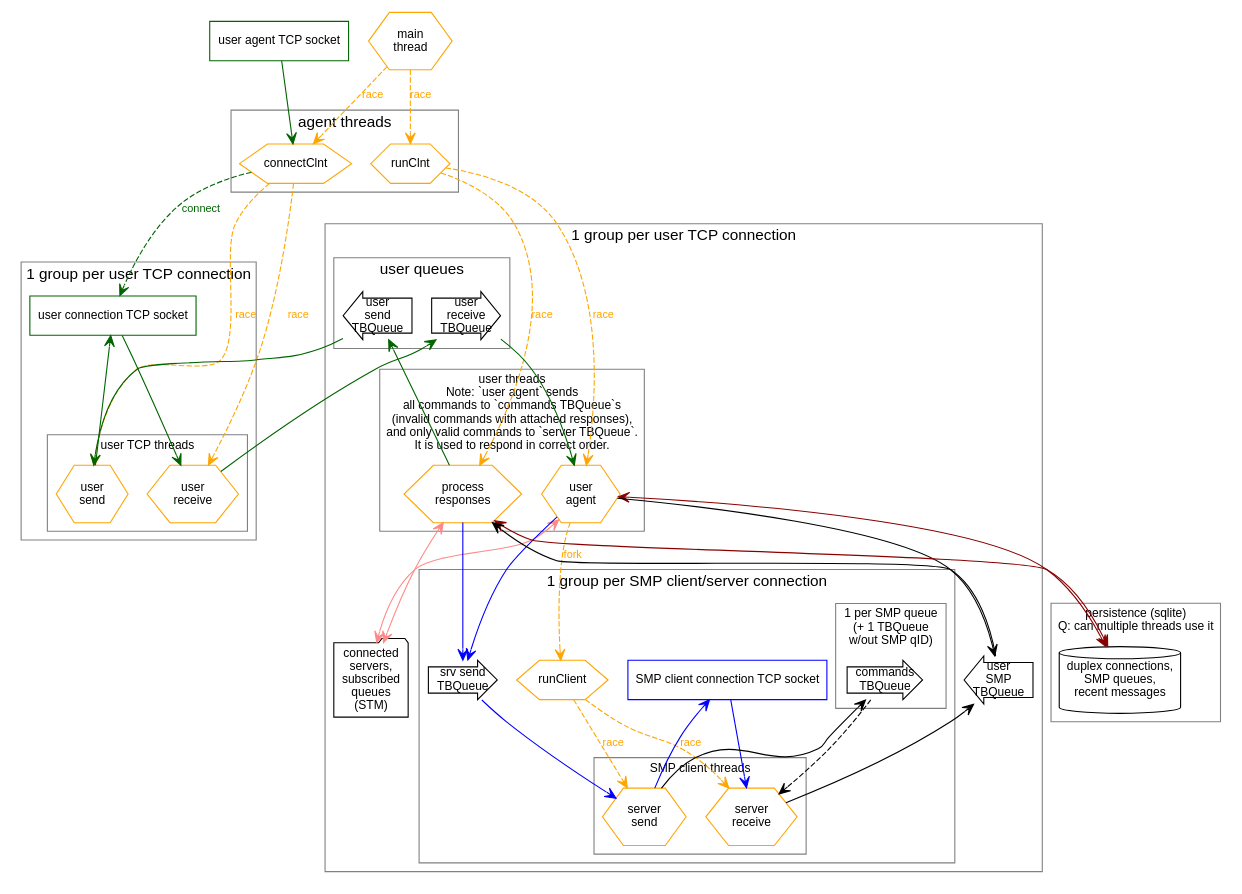
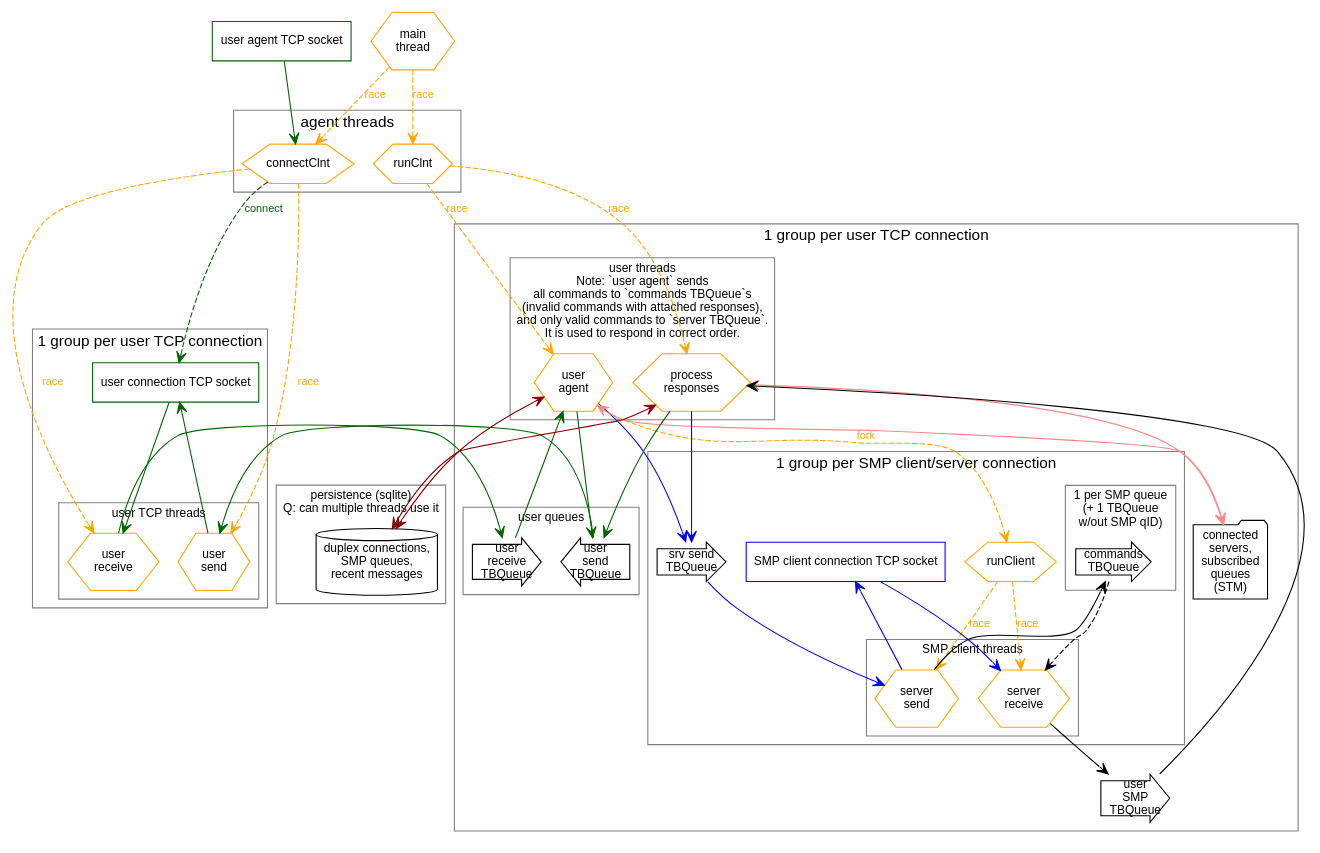
One commit to simplex-chat/simplexmq changed the diagram in design/agent2.gv. Above: the diagram before and after it, drawn with Graphviz.

Commit message:
diagram: agent replies invalid commands without roundtrip

```diff
--- a/design/agent2.gv
+++ b/design/agent2.gv
@@ -1,106 +1,106 @@
 digraph SMPAgent {
   graph [fontname=arial]
   node [fontname=arial fontsize=11 shape=box]
   edge [fontname=arial fontsize=10 arrowhead=open arrowtail=open]
 
   main [shape=hexagon color=orange label="main\nthread"]
   aSock [label="user agent TCP socket" color=darkgreen]
 
   subgraph clusterPersistence {
     graph [fontsize=11 color=gray]
     label="persistence (sqlite)\nQ: can multiple threads use it"
     connectionsStore [shape=cylinder label="duplex connections,\nSMP queues,\nrecent messages"]
   }
 
   subgraph clusterAgent {
     graph [color=gray]
     node [shape=hexagon color=orange]
     label="agent threads" 
     connectClnt
     runClnt
   }
 
   main -> {runClnt connectClnt} [style=dashed label="race" color=orange fontcolor=orange]
   aSock -> connectClnt [color=darkgreen]
 
   subgraph clusterUserTCP {
     graph [color=gray]
     label="1 group per user TCP connection"
     uSock [label="user connection TCP socket" color=darkgreen]
 
     subgraph clusterUserTCPThreads {
       graph [fontsize=11 color=gray]
       label="user TCP threads"
       node [shape=hexagon, color=orange]
       uRcv [label="user\nreceive"]
       uSnd [label="user\nsend"]
     }
 
     uSock -> uRcv [color=darkgreen]
     uSnd -> uSock [color=darkgreen]
   }
 
   subgraph clusterUser {
     graph [color=gray]
     label="1 group per user TCP connection"
 
     subgraph clusterUserInterface {
+      graph [fontsize=11]
       label="user queues"
       uInq [shape=rarrow label="user\nreceive\nTBQueue"]
       uOutq [shape=larrow label="user\nsend\nTBQueue"]
     }
 
     subgraph clusterUserThreads {
-      graph [fontsize=11 color=gray]
+      graph [fontsize=11]
       label="user threads\nNote: `user agent` sends\nall commands to `commands TBQueue`s\n(invalid commands with attached responses),\nand only valid commands to `server TBQueue`.\nIt is used to respond in correct order."
       node [shape=hexagon, color=orange]
       uAgent [label="user\nagent"]
       uProcess [label="process\nresponses"]
     }
 
     uRcv -> uInq -> uAgent [color=darkgreen]
-    uProcess -> uOutq -> uSnd [color=darkgreen]
+    {uAgent uProcess} -> uOutq -> uSnd [color=darkgreen]
 
-    userState [label="connected\nservers,\nsubscribed\nqueues\n(STM)" shape="folder"]
-
-    uRespq [shape=larrow label="user\nSMP\nTBQueue"]
+    uRespq [shape=rarrow label="user\nSMP\nTBQueue"]
 
     subgraph clusterClient {
-      graph [color=gray]
       label="1 group per SMP client/server connection"
       runClient [shape=hexagon, color=orange]
       sOutq [shape=rarrow label="srv send\nTBQueue"]
       sSock [label="SMP client connection TCP socket" color=blue]
 
       subgraph clusterQueue {
-        graph [fontsize=11 color=gray]
+        graph [fontsize=11]
         label="1 per SMP queue\n(+ 1 TBQueue\nw/out SMP qID)"
         sCmdq [shape=rarrow label="commands\nTBQueue"]
       }
 
       subgraph clusterServerThreads {
-        graph [fontsize=11 color=gray]
+        graph [fontsize=11]
         label="SMP client threads"
         node [shape=hexagon, color=orange]
         sAgent [label="server\nreceive"]
         sSnd [label="server\nsend"]
       }
 
       runClient -> {sAgent sSnd} [style=dashed label=race color=orange fontcolor=orange]
       {uAgent uProcess} -> sOutq -> sSnd -> sSock -> sAgent [color=blue]
     }
 
+    userState [label="connected\nservers,\nsubscribed\nqueues\n(STM)" shape="folder"]
+
     {uAgent uProcess} -> userState [dir=both color="#FF8888"]
     {uAgent uProcess} -> connectionsStore [dir=both color="#880000"]
 
     connectClnt -> uSock [style=dashed label="connect" color=darkgreen fontcolor=darkgreen]
     connectClnt -> {uRcv uSnd} [style=dashed label="race" color=orange fontcolor=orange]
     runClnt -> {uAgent uProcess} [style=dashed label="race" color=orange fontcolor=orange]
 
     sSnd -> sCmdq
     sCmdq -> sAgent [style=dashed]
-    {sAgent uAgent} -> uRespq -> uProcess
+    sAgent -> uRespq -> uProcess
 
     uAgent -> runClient [style=dashed label="fork" color=orange fontcolor=orange]
   }
 }
```
